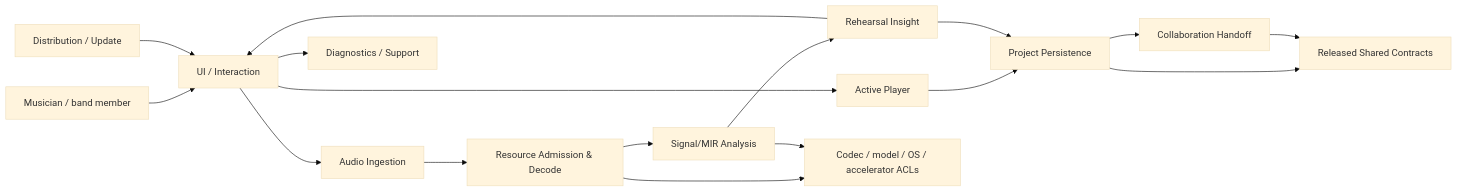
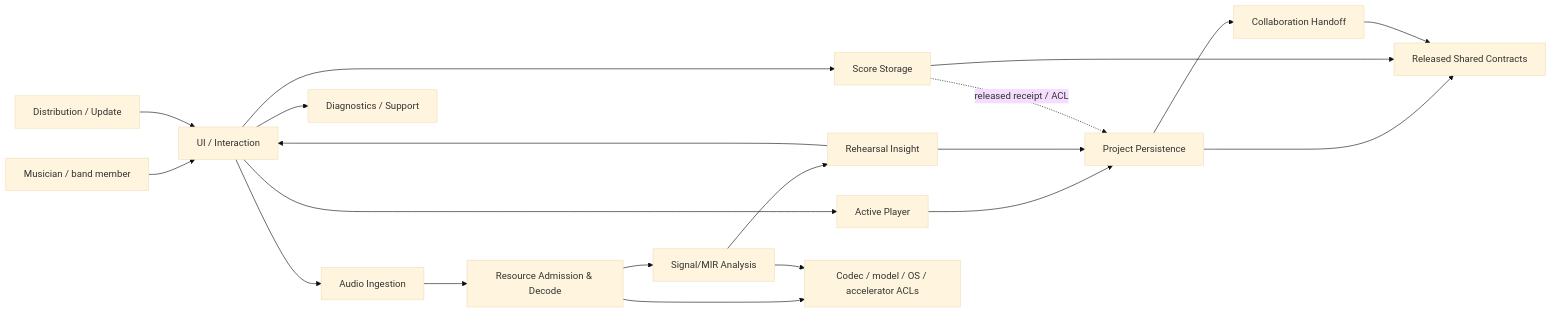
Before and after one commit to ContextualWisdomLab/bandscope: the first of 3 diagrams in docs/product-technical-gap-baseline.md, drawn with Mermaid (base theme). The commit also changed other lines of this file, not shown here.

Commit message:
docs(gap): currentize project and score recovery truth

````diff
--- a/docs/product-technical-gap-baseline.md
+++ b/docs/product-technical-gap-baseline.md
@@ -131,33 +135,37 @@
 ```mermaid
 flowchart LR
     M[Musician / band member]
     UI[UI / Interaction]
     ING[Audio Ingestion]
     DEC[Resource Admission & Decode]
     MIR[Signal/MIR Analysis]
     RI[Rehearsal Insight]
     PLAYER[Active Player]
     PROJ[Project Persistence]
+    SCORE[Score Storage]
     HANDOFF[Collaboration Handoff]
     DIAG[Diagnostics / Support]
     DIST[Distribution / Update]
     SK[Released Shared Contracts]
     ACL[Codec / model / OS / accelerator ACLs]
 
     M --> UI
     UI --> ING
     ING --> DEC
     DEC --> MIR
     MIR --> RI
     RI --> UI
     UI --> PLAYER
     PLAYER --> PROJ
     RI --> PROJ
+    UI --> SCORE
+    SCORE -. released receipt / ACL .-> PROJ
     PROJ --> HANDOFF
     UI --> DIAG
     DIST --> UI
     DEC --> ACL
     MIR --> ACL
     PROJ --> SK
+    SCORE --> SK
     HANDOFF --> SK
 ```
````
